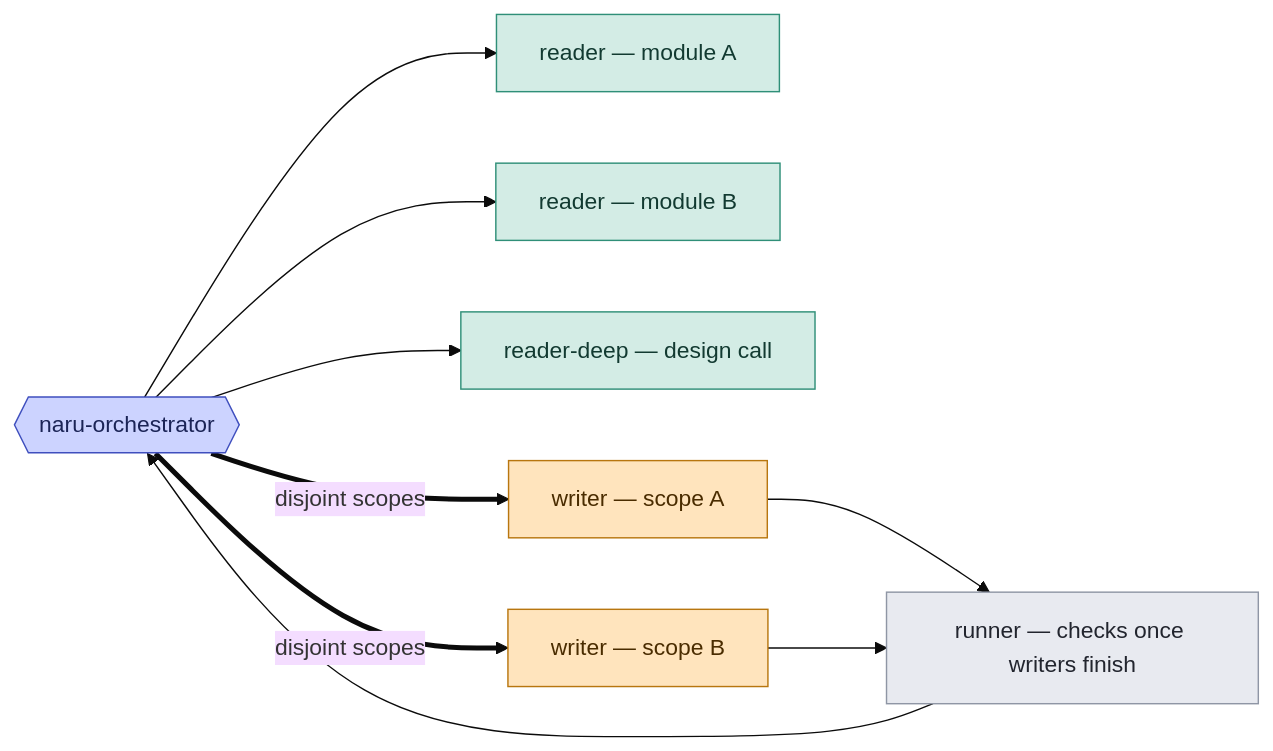
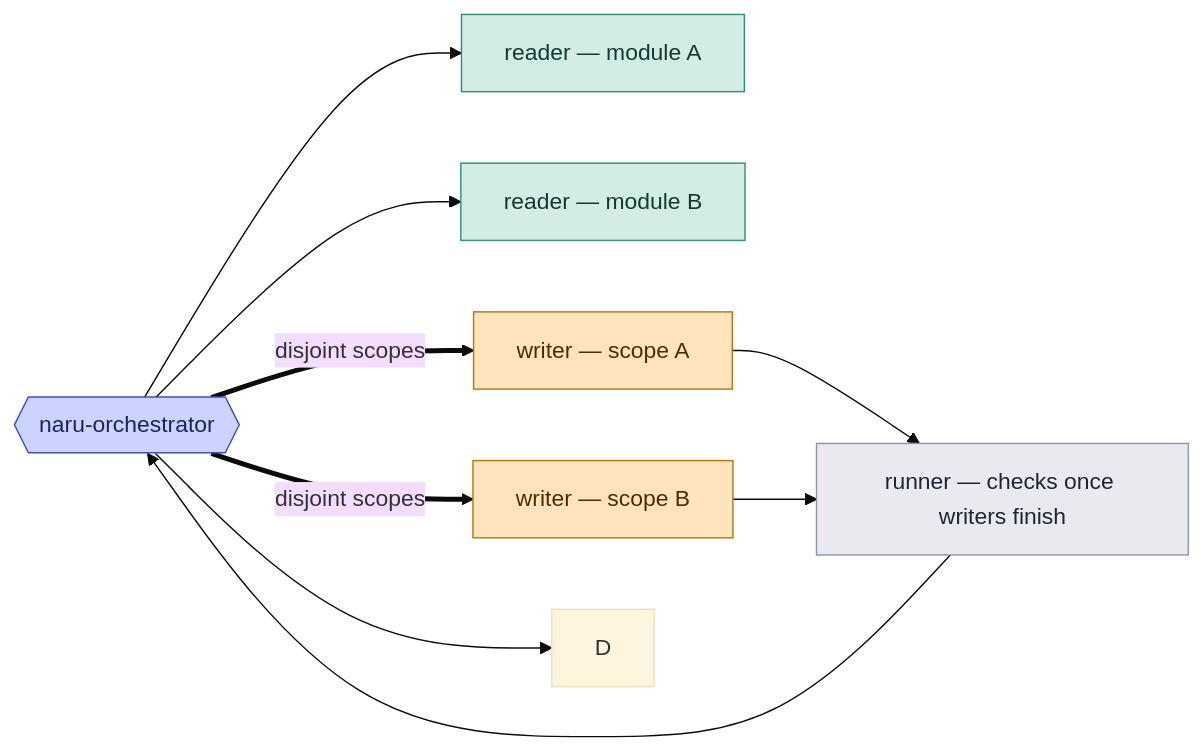
Before and after one commit to sean35mm/naru-opencode: the second of 2 diagrams in docs/src/content/docs/concepts/adaptive-delegation.md, drawn with Mermaid (base theme). The commit also changed other lines of this file and 23 other files, not shown here.

````diff
--- a/docs/src/content/docs/concepts/adaptive-delegation.md
+++ b/docs/src/content/docs/concepts/adaptive-delegation.md
@@ -44,19 +42,18 @@
 ```mermaid
 flowchart LR
   O{{"naru-orchestrator"}}:::coord
   R1["reader — module A"]:::read
   R2["reader — module B"]:::read
-  D["reader-deep — design call"]:::read
   W1["writer — scope A"]:::write
   W2["writer — scope B"]:::write
   V["runner — checks once writers finish"]:::gate
 
   O --> R1 & R2 & D
   O ==>|"disjoint scopes"| W1 & W2
   W1 & W2 --> V --> O
 
   classDef coord fill:#ccd3ff,stroke:#3f4fbe,color:#1b2456
   classDef read fill:#d3ece5,stroke:#2f8f78,color:#123a31
   classDef write fill:#ffe4bd,stroke:#b8760f,color:#4a2c00
   classDef gate fill:#e8eaf0,stroke:#8f96a5,color:#22252e
 ```
````
